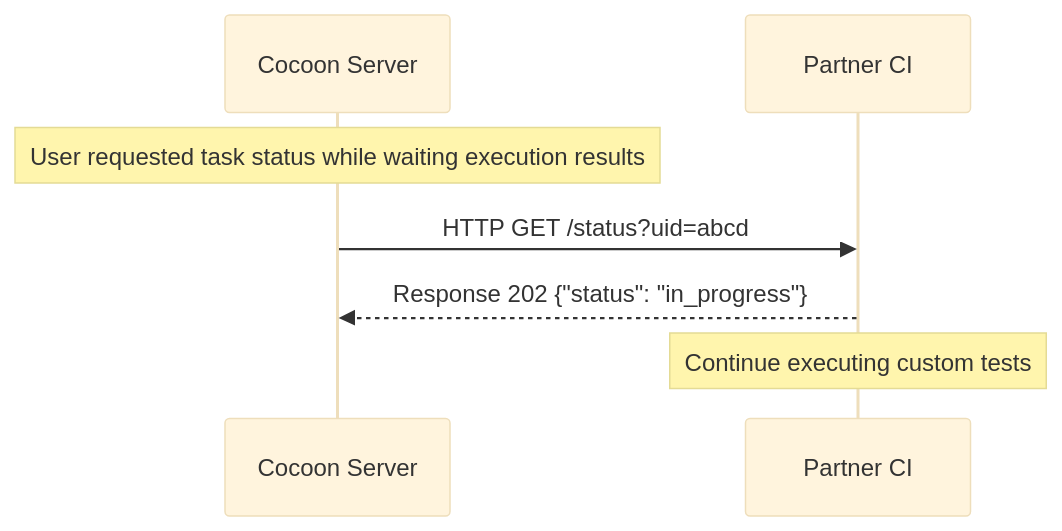
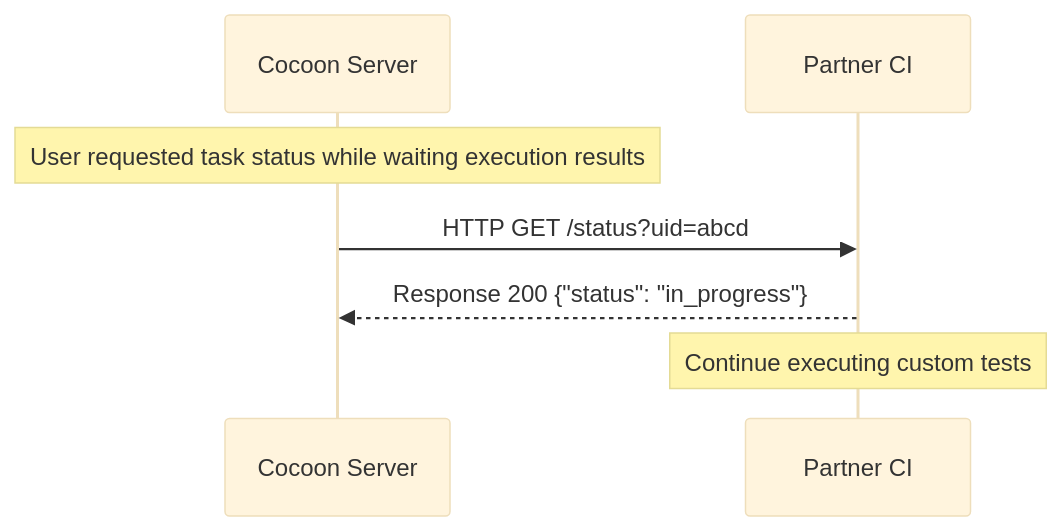
Before and after one commit to flutter/rfc: the fifth of 9 diagrams in rfc/610.0000-flutter-pluggable-ci.md, drawn with Mermaid (base theme). The commit also changed other lines of this file, not shown here.

````diff
--- a/rfc/610.0000-flutter-pluggable-ci.md
+++ b/rfc/610.0000-flutter-pluggable-ci.md
@@ -180,11 +180,11 @@
 ```mermaid
 sequenceDiagram
     participant Cocoon as Cocoon Server
     participant Partner as Partner CI
 
     Note over Cocoon: User requested task status while waiting execution results
     Cocoon->>Partner: HTTP GET /status?uid=abcd
-    Partner-->>Cocoon: Response 202 {"status": "in_progress"}
+    Partner-->>Cocoon: Response 200 {"status": "in_progress"}
 
     Note over Partner: Continue executing custom tests
 ```
````
